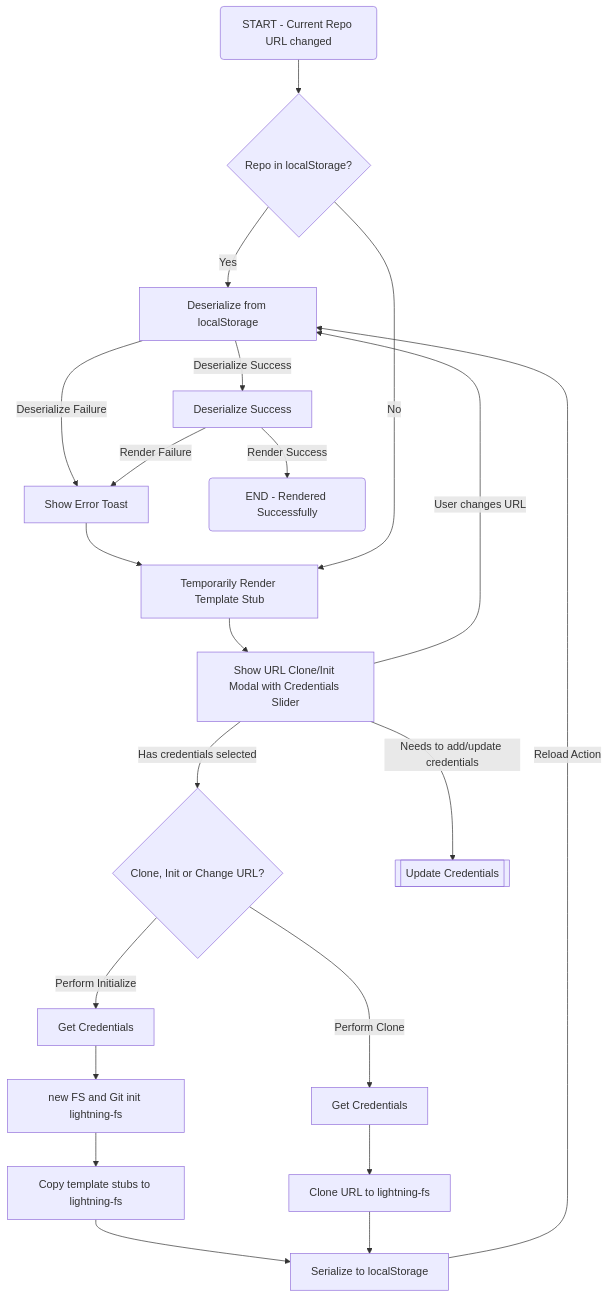
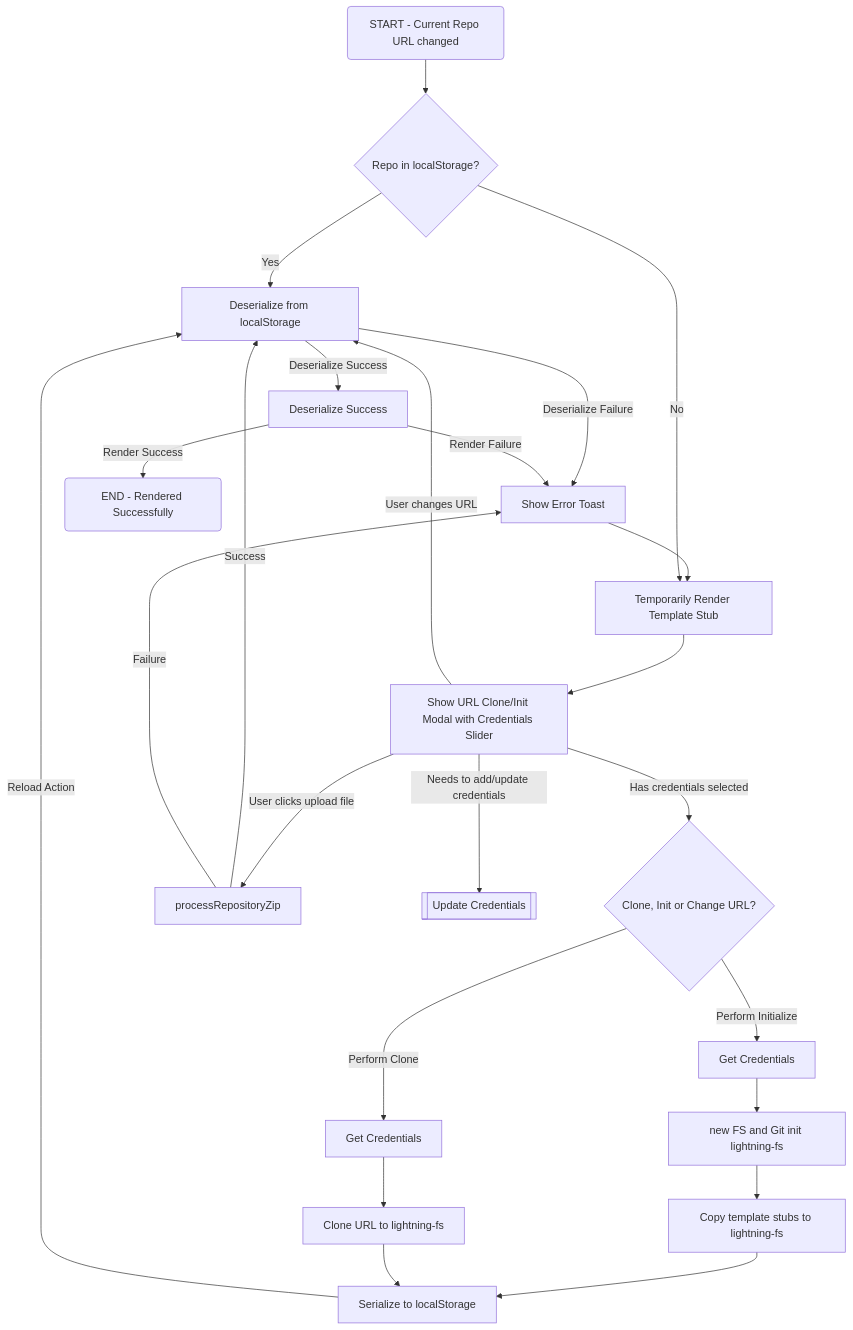
Before and after one commit to sengac/gitfeatures-spec: the diagram in oL2kY7ELjdStZ0MHSt7V3.md, drawn with Mermaid.

Commit message:
add upload zip process

````diff
--- a/oL2kY7ELjdStZ0MHSt7V3.md
+++ b/oL2kY7ELjdStZ0MHSt7V3.md
@@ -15,23 +15,26 @@
 ```mermaid
 graph TD
     A(START - Current Repo URL changed) --> B{Repo in localStorage?}
     B -->|Yes| deserialize[Deserialize from localStorage]
     deserialize -->|Deserialize Success| deserializeSuccess[Deserialize Success]
     deserialize -->|Deserialize Failure| errorToast[Show Error Toast]
     errorToast --> temporarilyRenderStub
     deserializeSuccess -->|Render Success| renderSuccess(END - Rendered Successfully)
     deserializeSuccess -->|Render Failure| errorToast
     B -->|No| temporarilyRenderStub[Temporarily Render Template Stub]
     temporarilyRenderStub --> E[Show Init/Clone Modal]
     E[Show URL Clone/Init Modal with Credentials Slider] -->|Has credentials selected| F{Clone, Init or Change URL?}
     E -->|User changes URL| deserialize
+    E -->|User clicks upload file| processRepositoryZip
+    processRepositoryZip -->|Success| deserialize
+    processRepositoryZip -->|Failure| errorToast
     E -->|Needs to add/update credentials| updateCredentials[[Update Credentials]]
     F -->|Perform Clone| G[Get Credentials]
     F -->|Perform Initialize| H[Get Credentials]
     H --> git-init[new FS and Git init lightning-fs]
     git-init --> copy-stub[Copy template stubs to lightning-fs]
     copy-stub --> serialize[Serialize to localStorage]
     G --> I[Clone URL to lightning-fs]
     I --> serialize
     serialize --> |Reload Action| deserialize
 ```
````
